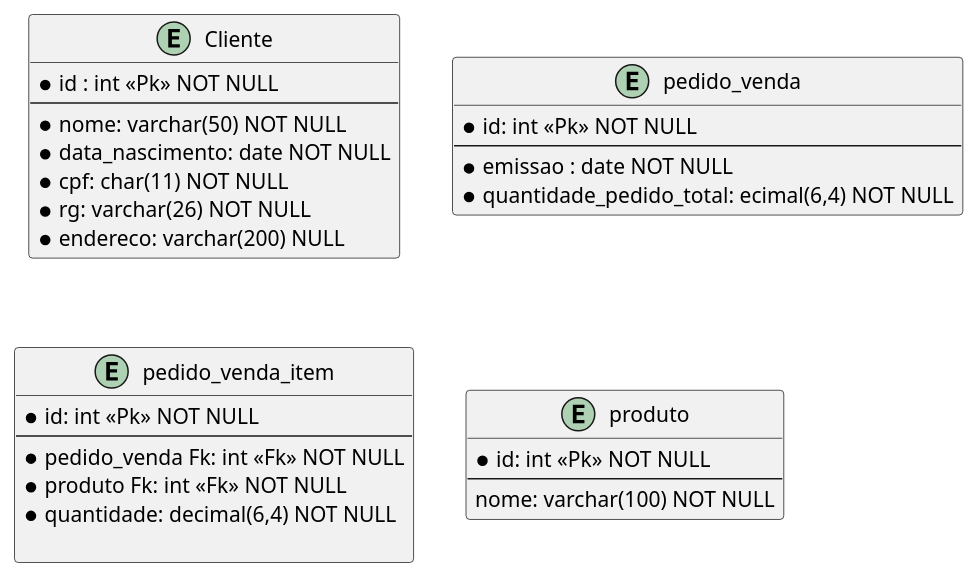
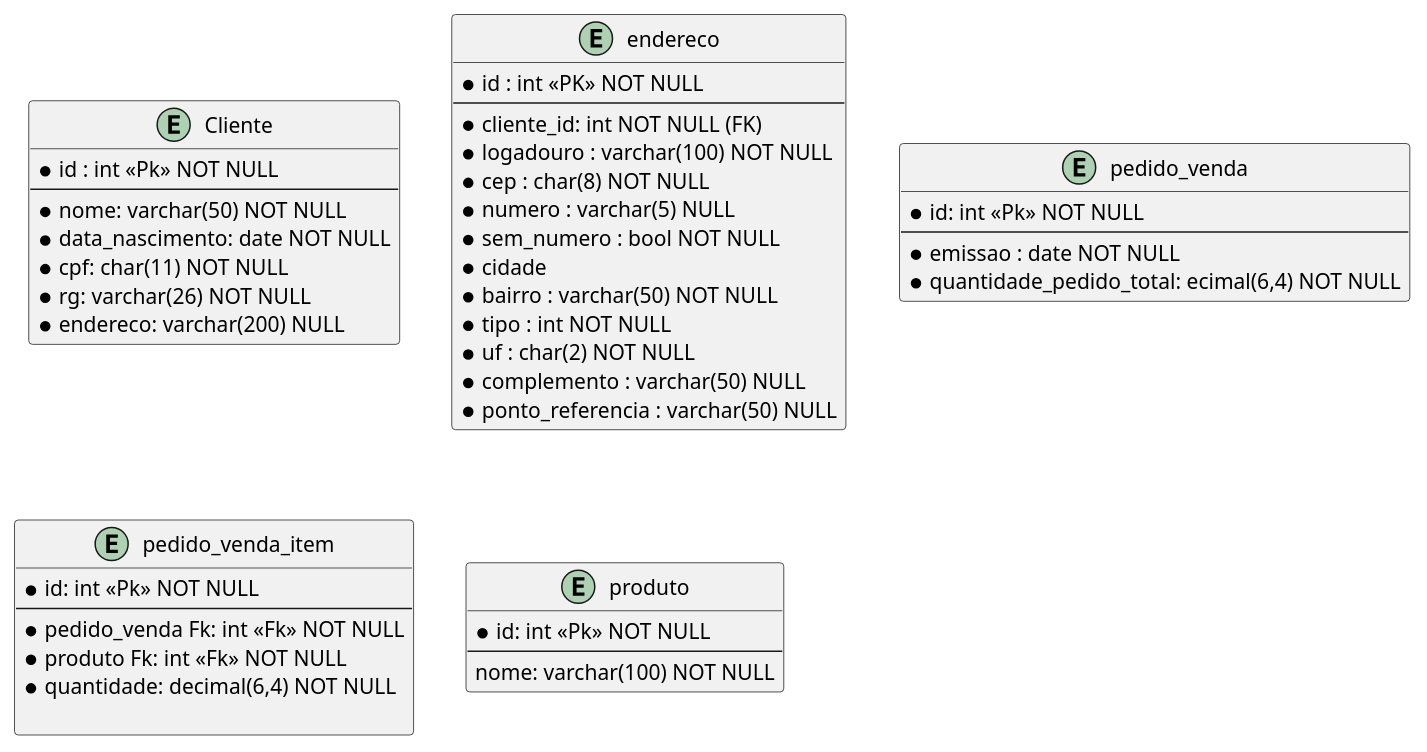
Before and after one commit to Hanter-byte/DataBase-2022: the diagram in docs/marcio_system.puml, drawn with PlantUML.

```diff
--- a/docs/marcio_system.puml
+++ b/docs/marcio_system.puml
@@ -1,35 +1,51 @@
 @startuml
 
 entity Cliente {
     *id : int <<Pk>> NOT NULL
     --
     *nome: varchar(50) NOT NULL
     *data_nascimento: date NOT NULL
     *cpf: char(11) NOT NULL
     *rg: varchar(26) NOT NULL
     *endereco: varchar(200) NULL
+}
+
+entity endereco {
+    *id : int <<PK>> NOT NULL
+    --
+    *cliente_id: int NOT NULL (FK)
+    *logadouro : varchar(100) NOT NULL
+    *cep : char(8) NOT NULL
+    *numero : varchar(5) NULL
+    *sem_numero : bool NOT NULL
+    *cidade
+    *bairro : varchar(50) NOT NULL
+    *tipo : int NOT NULL
+    *uf : char(2) NOT NULL
+    *complemento : varchar(50) NULL
+    *ponto_referencia : varchar(50) NULL
 }
 
 entity pedido_venda{
     *id: int <<Pk>> NOT NULL
     --
     *emissao : date NOT NULL
     *quantidade_pedido_total: ecimal(6,4) NOT NULL
 }
 
 entity pedido_venda_item{
     *id: int <<Pk>> NOT NULL
     --
     *pedido_venda Fk: int <<Fk>> NOT NULL
     *produto Fk: int <<Fk>> NOT NULL
     *quantidade: decimal(6,4) NOT NULL
 
 }
 
 entity produto{
     *id: int <<Pk>> NOT NULL
     --
     nome: varchar(100) NOT NULL
 }
 
 @enduml
```
